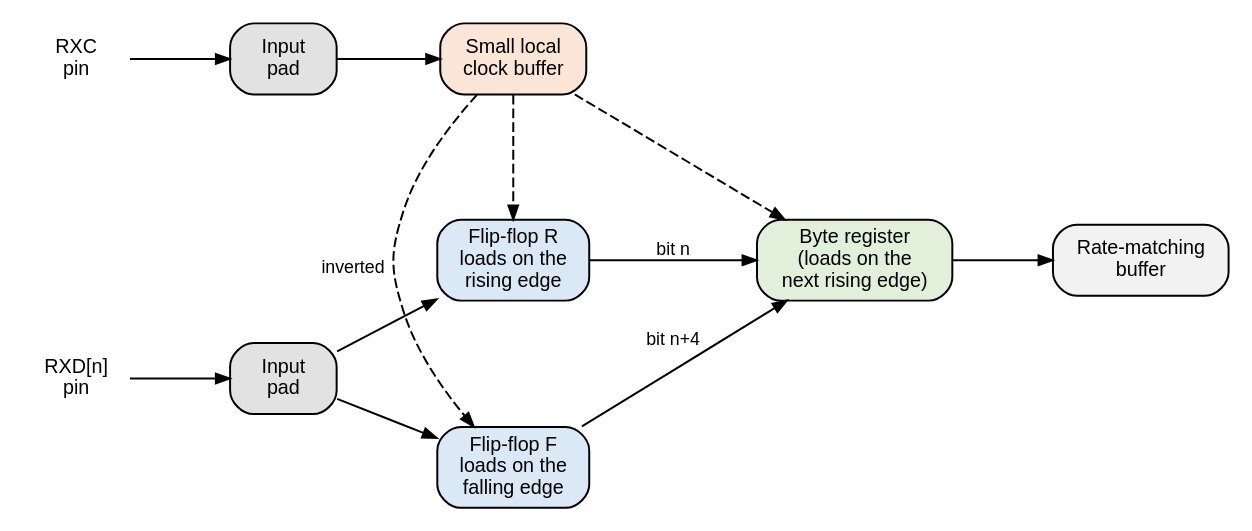
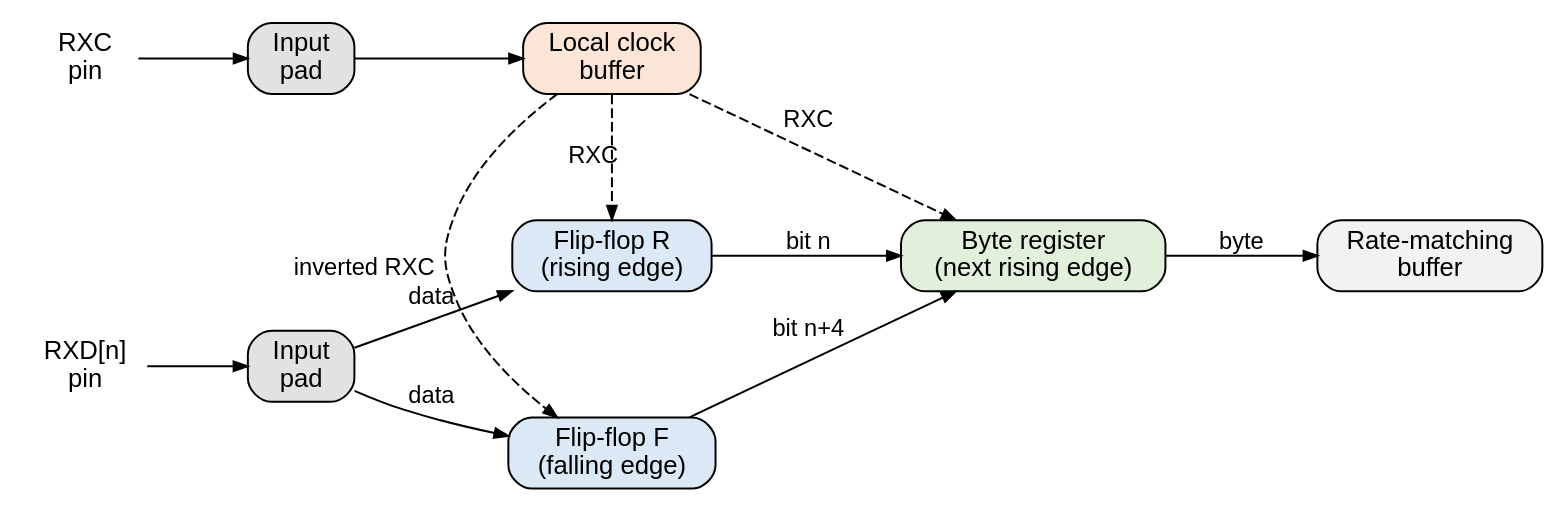
One commit to mithro/evampire changed the diagram in docs/ethernet/rgmii/rx-ddr.dot. Above: the diagram before and after it, drawn with Graphviz. The commit also changed 15 other files, not shown here.

```diff
--- a/docs/ethernet/rgmii/rx-ddr.dot
+++ b/docs/ethernet/rgmii/rx-ddr.dot
@@ -1,39 +1,38 @@
 // Receive input stage for one RGMII data bit.
 //
 // SPDX-License-Identifier: Apache-2.0
 
 digraph rx_ddr {
-    graph [rankdir=LR, fontname="Helvetica", fontsize=11, nodesep=0.45,
+    graph [rankdir=LR, fontname="Helvetica", fontsize=14, nodesep=0.45,
            ranksep=0.7, newrank=true];
     node  [shape=box, style="rounded,filled", fillcolor="#f2f2f2",
-           fontname="Helvetica", fontsize=10];
-    edge  [fontname="Helvetica", fontsize=9, arrowsize=0.7];
+           fontname="Helvetica", fontsize=13];
+    edge  [fontname="Helvetica", fontsize=12, arrowsize=0.7];
 
     pin  [label="RXD[n]\npin", shape=plaintext, style=""];
     pad  [label="Input\npad", fillcolor="#e2e2e2"];
-    ffr  [label="Flip-flop R\nloads on the\nrising edge", fillcolor="#dbe8f5"];
-    fff  [label="Flip-flop F\nloads on the\nfalling edge", fillcolor="#dbe8f5"];
-    byte [label="Byte register\n(loads on the\nnext rising edge)",
-          fillcolor="#e2efda"];
+    ffr  [label="Flip-flop R\n(rising edge)", fillcolor="#dbe8f5"];
+    fff  [label="Flip-flop F\n(falling edge)", fillcolor="#dbe8f5"];
+    byte [label="Byte register\n(next rising edge)", fillcolor="#e2efda"];
     fifo [label="Rate-matching\nbuffer", fillcolor="#f2f2f2"];
     cpin [label="RXC\npin", shape=plaintext, style=""];
     cpad [label="Input\npad", fillcolor="#e2e2e2"];
-    ctree [label="Small local\nclock buffer", fillcolor="#fbe5d6"];
+    ctree [label="Local clock\nbuffer", fillcolor="#fbe5d6"];
 
     pin -> pad;
-    pad -> ffr;
-    pad -> fff;
+    pad -> ffr [label="data"];
+    pad -> fff [label="data"];
     ffr -> byte [label="bit n"];
     fff -> byte [label="bit n+4"];
-    byte -> fifo;
+    byte -> fifo [label="byte"];
 
     cpin -> cpad -> ctree;
-    ctree -> ffr  [style=dashed];
-    ctree -> fff  [style=dashed, xlabel="inverted "];
-    ctree -> byte [style=dashed];
+    ctree -> ffr  [style=dashed, label="RXC"];
+    ctree -> fff  [style=dashed, xlabel="inverted RXC "];
+    ctree -> byte [style=dashed, label="RXC"];
 
     { rank=same; pin; cpin; }
     { rank=same; pad; cpad; }
     { rank=same; ffr; fff; ctree; }
     ffr -> fff -> ctree [style=invis];
 }
```
